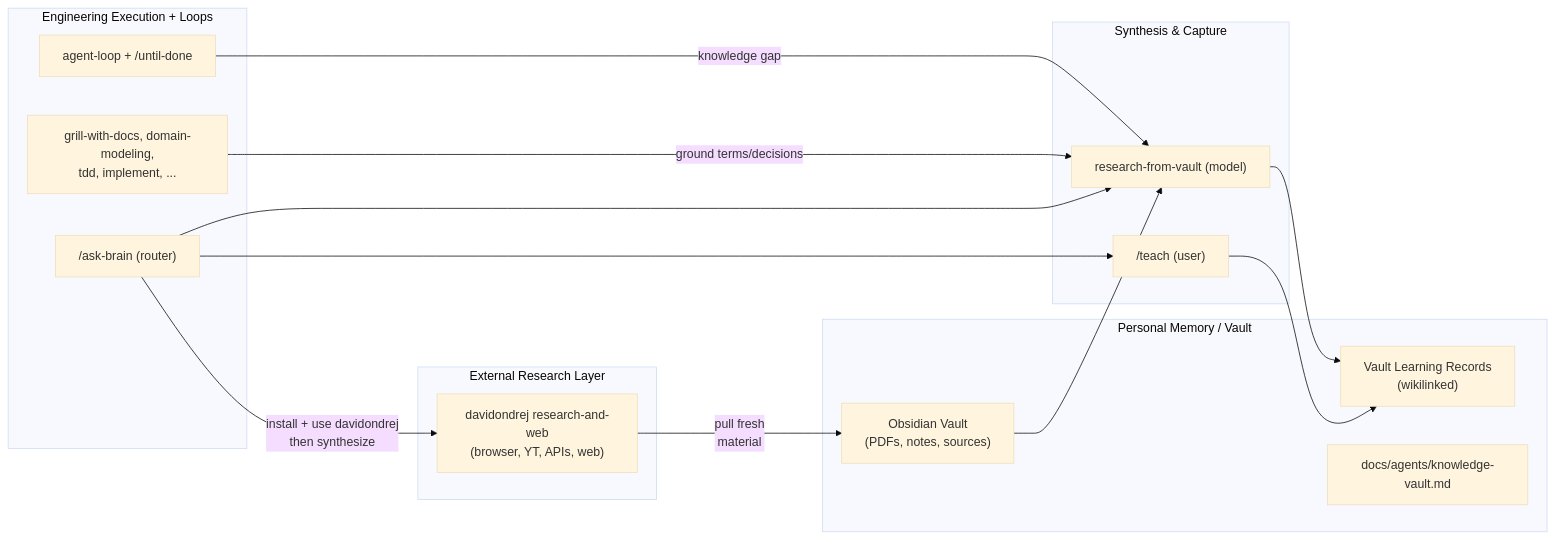
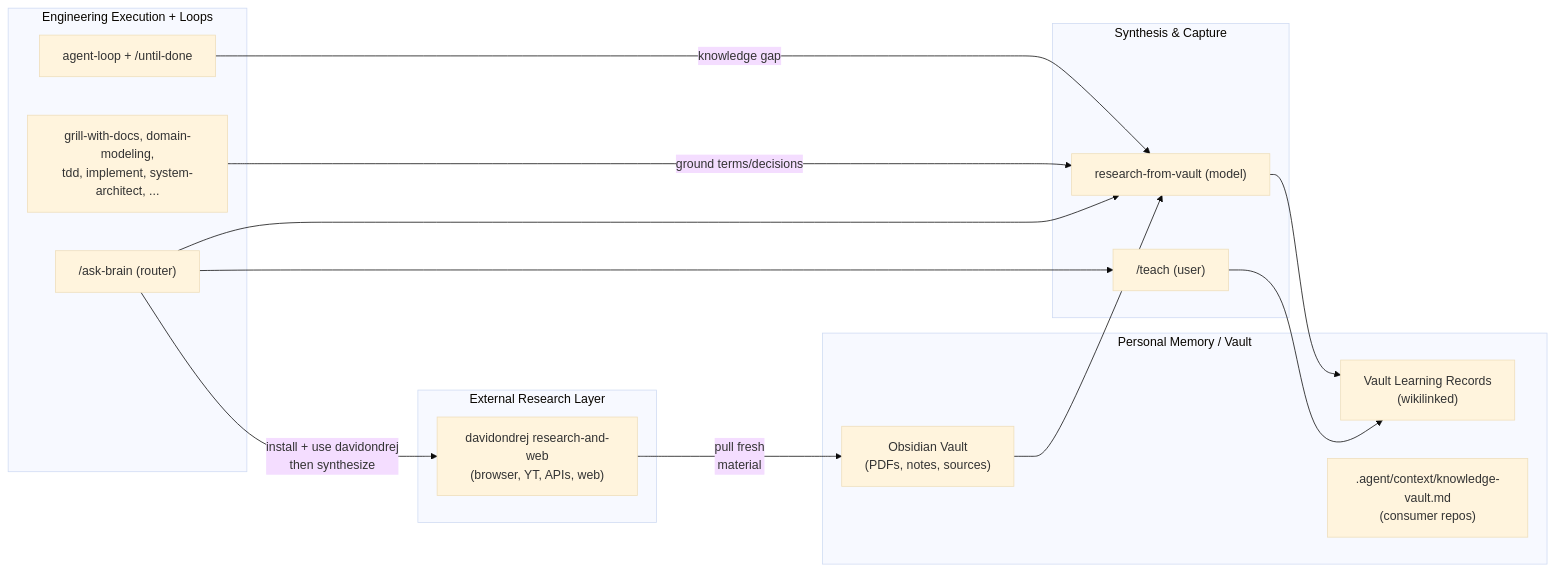
One commit to ChidiOkoene/optimal-brain changed the diagram in docs/agents/brain.md. Above: the diagram before and after it, drawn with Mermaid (base theme). The commit also changed other lines of this file and 73 other files, not shown here.

````diff
--- a/docs/agents/brain.md
+++ b/docs/agents/brain.md
@@ -16,29 +16,29 @@
 ```mermaid
 flowchart LR
   subgraph External[External Research Layer]
     D["davidondrej research-and-web\n(browser, YT, APIs, web)"]
   end
   subgraph Memory[Personal Memory / Vault]
     V["Obsidian Vault\n(PDFs, notes, sources)"]
     LRV["Vault Learning Records\n(wikilinked)"]
-    KV["docs/agents/knowledge-vault.md"]
+    KV[".agent/context/knowledge-vault.md\n(consumer repos)"]
   end
   subgraph Synthesis["Synthesis & Capture"]
     RV["research-from-vault (model)"]
     T["/teach (user)"]
   end
   subgraph Execution["Engineering Execution + Loops"]
     AL["agent-loop + /until-done"]
-    ENG["grill-with-docs, domain-modeling,\ntdd, implement, ..."]
+    ENG["grill-with-docs, domain-modeling,\ntdd, implement, system-architect, ..."]
     ASK["/ask-brain (router)"]
   end
   D -->|"pull fresh\nmaterial"| V
   V --> RV
   RV --> LRV
   T --> LRV
   AL -->|"knowledge gap"| RV
   ENG -->|"ground terms/decisions"| RV
   ASK --> T
   ASK --> RV
   ASK -->|"install + use davidondrej\nthen synthesize"| D
 ```
````
